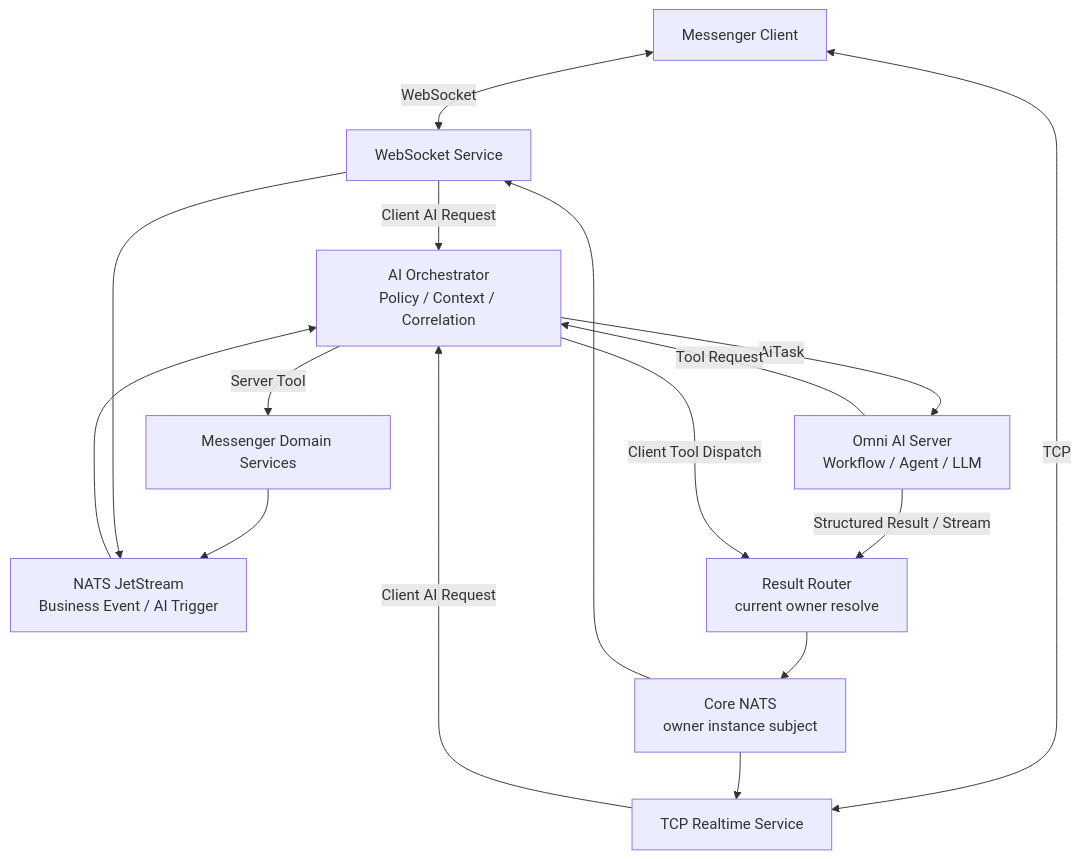
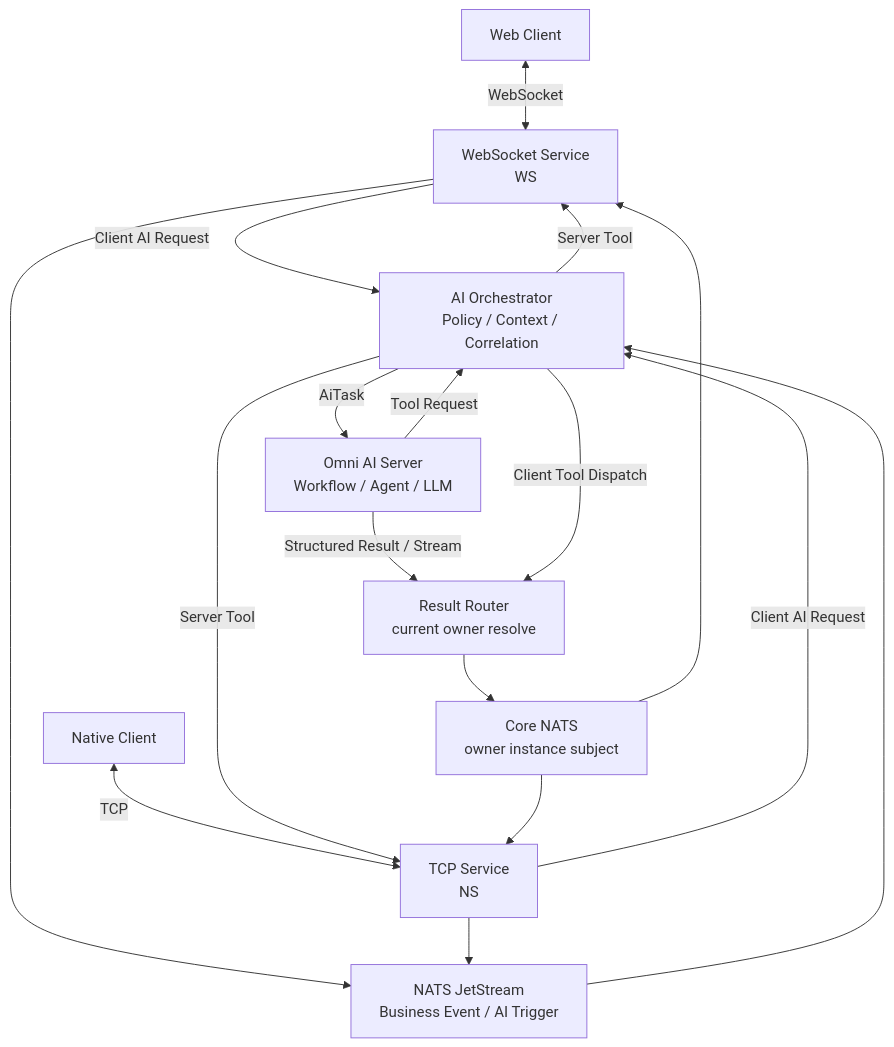
Before and after one commit to kipo3195/omni-ai-architecture: the diagram in README.md, drawn with Mermaid. The commit also changed other lines of this file and 37 other files, not shown here.

````diff
--- a/README.md
+++ b/README.md
@@ -43,28 +45,29 @@
 ```mermaid
 flowchart TD
-    C[Messenger Client]
-    W[WebSocket Service]
-    T[TCP Realtime Service]
-    S[Messenger Domain Services]
+    WC[Web Client]
+    NC[Native Client]
+    W[WebSocket Service<br/>WS]
+    T[TCP Service<br/>NS]
     J[NATS JetStream<br/>Business Event / AI Trigger]
     O[AI Orchestrator<br/>Policy / Context / Correlation]
     A[Omni AI Server<br/>Workflow / Agent / LLM]
     R[Result Router<br/>current owner resolve]
     N[Core NATS<br/>owner instance subject]
 
-    C <-->|WebSocket| W
-    C <-->|TCP| T
+    WC <-->|WebSocket| W
+    NC <-->|TCP| T
     W -->|Client AI Request| O
     T -->|Client AI Request| O
-    S --> J
     W --> J
+    T --> J
     J --> O
     O -->|AiTask| A
     A -->|Tool Request| O
-    O -->|Server Tool| S
+    O -->|Server Tool| W
+    O -->|Server Tool| T
     A -->|Structured Result / Stream| R
     O -->|Client Tool Dispatch| R
     R --> N
     N --> W
     N --> T
 ```
````
